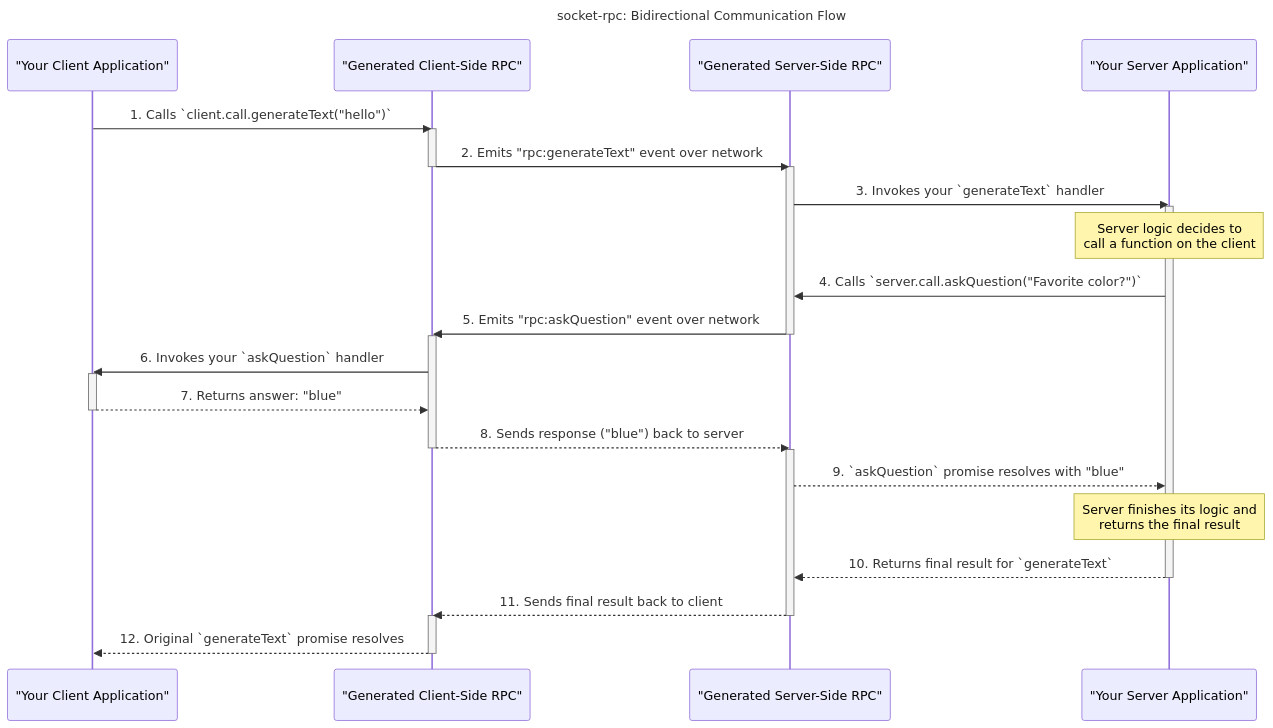
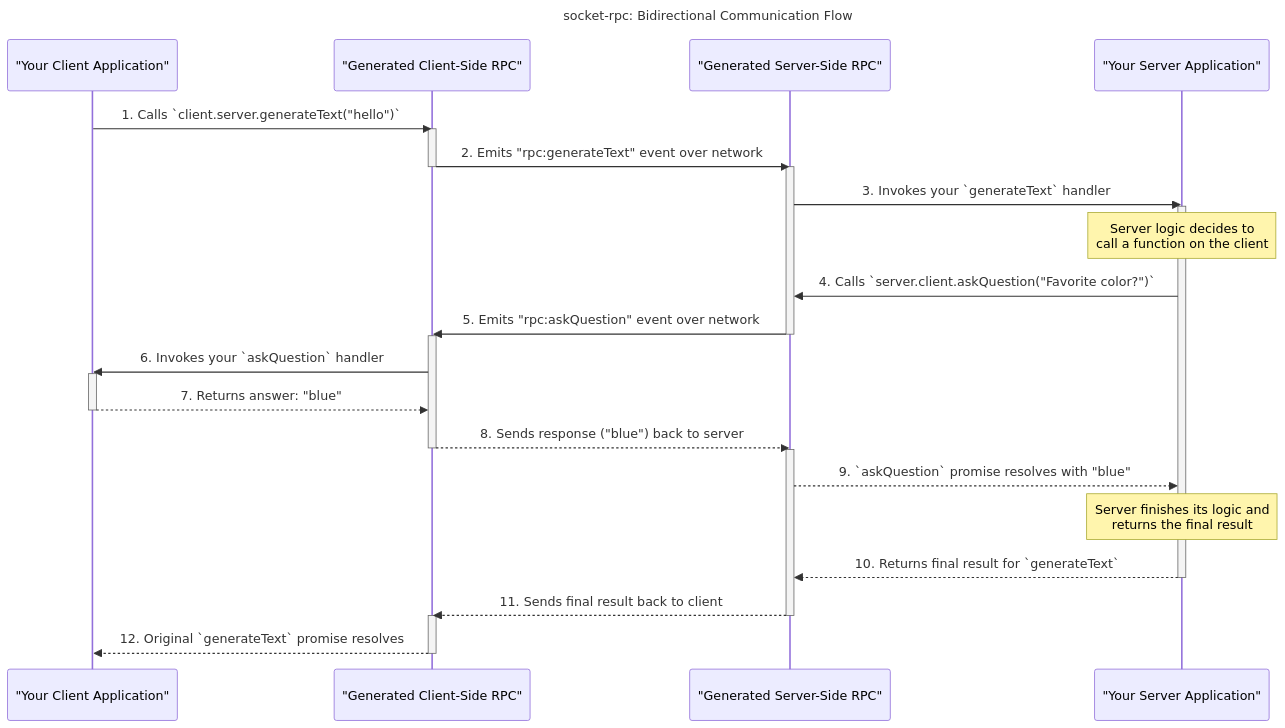
One commit to nguyenvanduocit/socketrpc-gen changed the diagram in README.md. Above: the diagram before and after it, drawn with Mermaid. The commit also changed other lines of this file and 6 other files, not shown here.

First line of the commit message:
feat!: rename API from .on/.call to .handle/.server/.client

````diff
--- a/README.md
+++ b/README.md
@@ -89,47 +89,47 @@
 ```mermaid
 sequenceDiagram
     participant ClientApp as "Your Client Application"
     participant GenClient as "Generated Client-Side RPC"
     participant GenServer as "Generated Server-Side RPC"
     participant ServerApp as "Your Server Application"
 
     title socket-rpc: Bidirectional Communication Flow
 
-    ClientApp->>GenClient: 1. Calls `client.call.generateText("hello")`
+    ClientApp->>GenClient: 1. Calls `client.server.generateText("hello")`
     activate GenClient
     GenClient->>GenServer: 2. Emits "rpc:generateText" event over network
     deactivate GenClient
 
     activate GenServer
     GenServer->>ServerApp: 3. Invokes your `generateText` handler
     activate ServerApp
 
     Note over ServerApp: Server logic decides to<br/>call a function on the client
 
-    ServerApp->>GenServer: 4. Calls `server.call.askQuestion("Favorite color?")`
+    ServerApp->>GenServer: 4. Calls `server.client.askQuestion("Favorite color?")`
     GenServer->>GenClient: 5. Emits "rpc:askQuestion" event over network
     deactivate GenServer
 
     activate GenClient
     GenClient->>ClientApp: 6. Invokes your `askQuestion` handler
     activate ClientApp
     ClientApp-->>GenClient: 7. Returns answer: "blue"
     deactivate ClientApp
 
     GenClient-->>GenServer: 8. Sends response ("blue") back to server
     deactivate GenClient
 
     activate GenServer
     GenServer-->>ServerApp: 9. `askQuestion` promise resolves with "blue"
 
     Note over ServerApp: Server finishes its logic and<br/>returns the final result
 
     ServerApp-->>GenServer: 10. Returns final result for `generateText`
     deactivate ServerApp
     GenServer-->>GenClient: 11. Sends final result back to client
     deactivate GenServer
 
     activate GenClient
     GenClient-->>ClientApp: 12. Original `generateText` promise resolves
     deactivate GenClient
 ```
````
